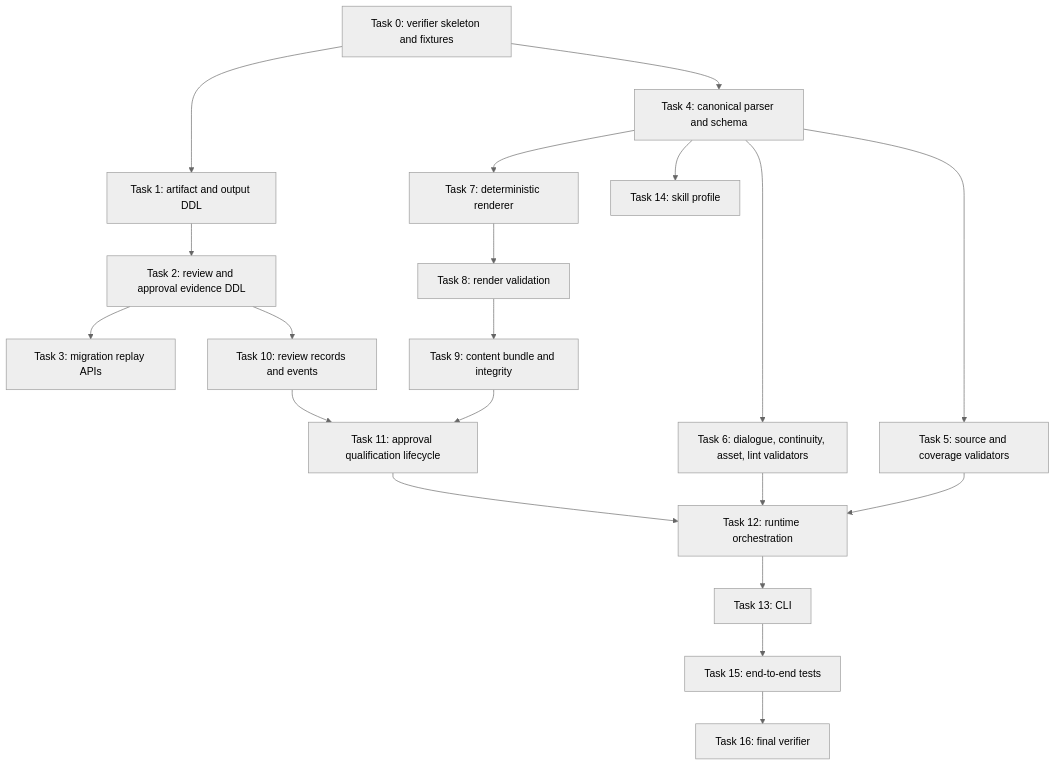
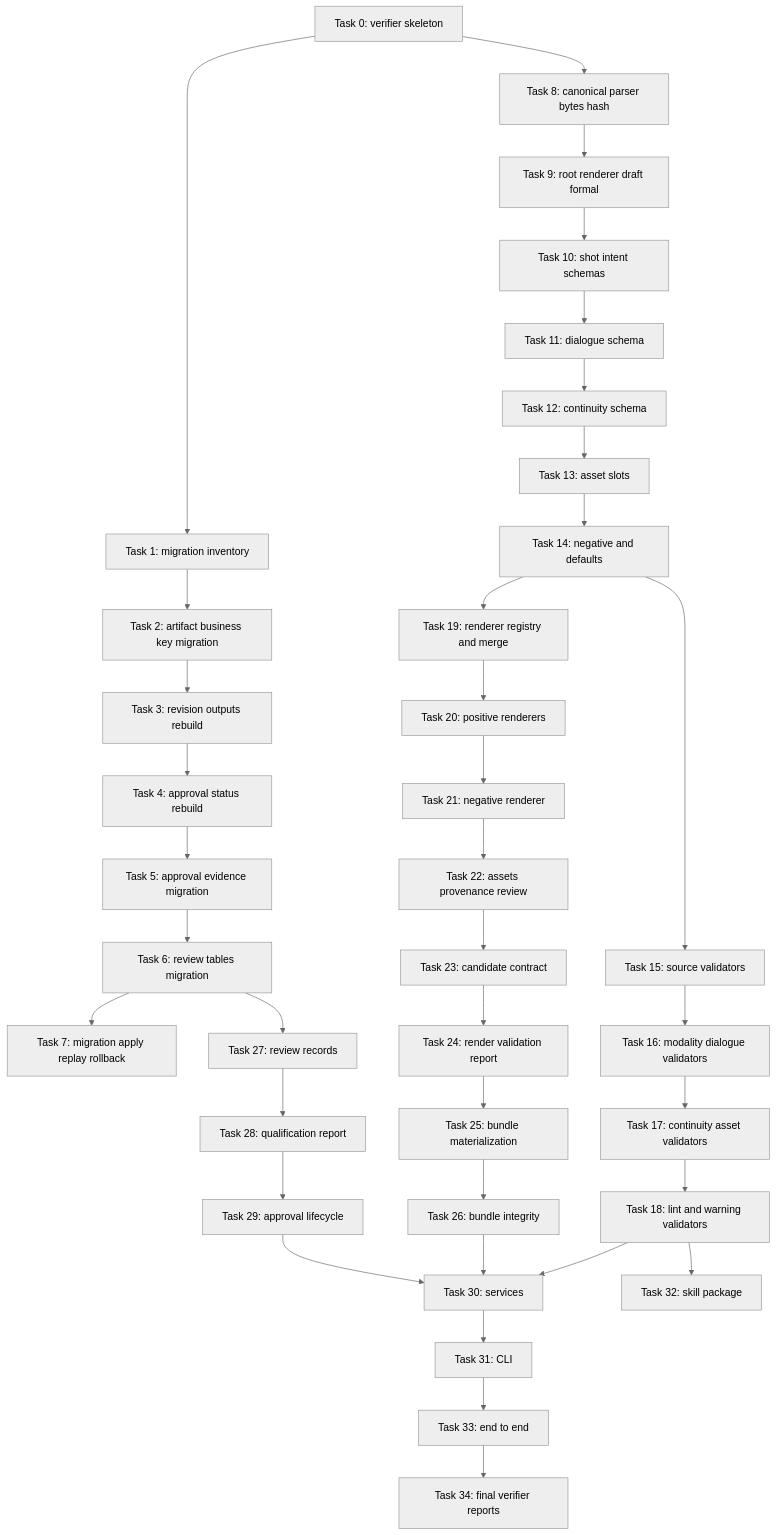
Before and after one commit to Java-zengzhiwen/ai-drama: the diagram in docs/superpowers/plans/2026-07-02-phase3-shot-prompt-canonical-implementation.md, drawn with Mermaid (neutral theme). The commit also changed other lines of this file, not shown here.

Commit message:
docs: revise phase 3 shot prompt implementation plan

````diff
--- a/docs/superpowers/plans/2026-07-02-phase3-shot-prompt-canonical-implementation.md
+++ b/docs/superpowers/plans/2026-07-02-phase3-shot-prompt-canonical-implementation.md
@@ -127,40 +239,51 @@
 ```mermaid
 flowchart TD
-  T0["Task 0: verifier skeleton and fixtures"]
-  T1["Task 1: artifact and output DDL"]
-  T2["Task 2: review and approval evidence DDL"]
-  T3["Task 3: migration replay APIs"]
-  T4["Task 4: canonical parser and schema"]
-  T5["Task 5: source and coverage validators"]
-  T6["Task 6: dialogue, continuity, asset, lint validators"]
-  T7["Task 7: deterministic renderer"]
-  T8["Task 8: render validation"]
-  T9["Task 9: content bundle and integrity"]
-  T10["Task 10: review records and events"]
-  T11["Task 11: approval qualification lifecycle"]
-  T12["Task 12: runtime orchestration"]
-  T13["Task 13: CLI"]
-  T14["Task 14: skill profile"]
-  T15["Task 15: end-to-end tests"]
-  T16["Task 16: final verifier"]
+  T0["Task 0: verifier skeleton"]
+  T1["Task 1: migration inventory"]
+  T2["Task 2: artifact business key migration"]
+  T3["Task 3: revision outputs rebuild"]
+  T4["Task 4: approval status rebuild"]
+  T5["Task 5: approval evidence migration"]
+  T6["Task 6: review tables migration"]
+  T7["Task 7: migration apply replay rollback"]
+  T8["Task 8: canonical parser bytes hash"]
+  T9["Task 9: root renderer draft formal"]
+  T10["Task 10: shot intent schemas"]
+  T11["Task 11: dialogue schema"]
+  T12["Task 12: continuity schema"]
+  T13["Task 13: asset slots"]
+  T14["Task 14: negative and defaults"]
+  T15["Task 15: source validators"]
+  T16["Task 16: modality dialogue validators"]
+  T17["Task 17: continuity asset validators"]
+  T18["Task 18: lint and warning validators"]
+  T19["Task 19: renderer registry and merge"]
+  T20["Task 20: positive renderers"]
+  T21["Task 21: negative renderer"]
+  T22["Task 22: assets provenance review"]
+  T23["Task 23: candidate contract"]
+  T24["Task 24: render validation report"]
+  T25["Task 25: bundle materialization"]
+  T26["Task 26: bundle integrity"]
+  T27["Task 27: review records"]
+  T28["Task 28: qualification report"]
+  T29["Task 29: approval lifecycle"]
+  T30["Task 30: services"]
+  T31["Task 31: CLI"]
+  T32["Task 32: skill package"]
+  T33["Task 33: end to end"]
+  T34["Task 34: final verifier reports"]
 
-  T0 --> T1
-  T1 --> T2
-  T2 --> T3
-  T0 --> T4
-  T4 --> T5
-  T4 --> T6
-  T4 --> T7
-  T7 --> T8
-  T8 --> T9
-  T2 --> T10
-  T9 --> T11
-  T10 --> T11
-  T5 --> T12
-  T6 --> T12
-  T11 --> T12
-  T12 --> T13
-  T4 --> T14
-  T13 --> T15
-  T15 --> T16
+  T0 --> T1 --> T2 --> T3 --> T4 --> T5 --> T6 --> T7
+  T0 --> T8 --> T9 --> T10 --> T11 --> T12 --> T13 --> T14
+  T14 --> T15 --> T16 --> T17 --> T18
+  T14 --> T19 --> T20 --> T21 --> T22
+  T22 --> T23 --> T24 --> T25 --> T26
+  T6 --> T27 --> T28 --> T29
+  T18 --> T30
+  T26 --> T30
+  T29 --> T30
+  T30 --> T31
+  T18 --> T32
+  T31 --> T33 --> T34
 ```
````
